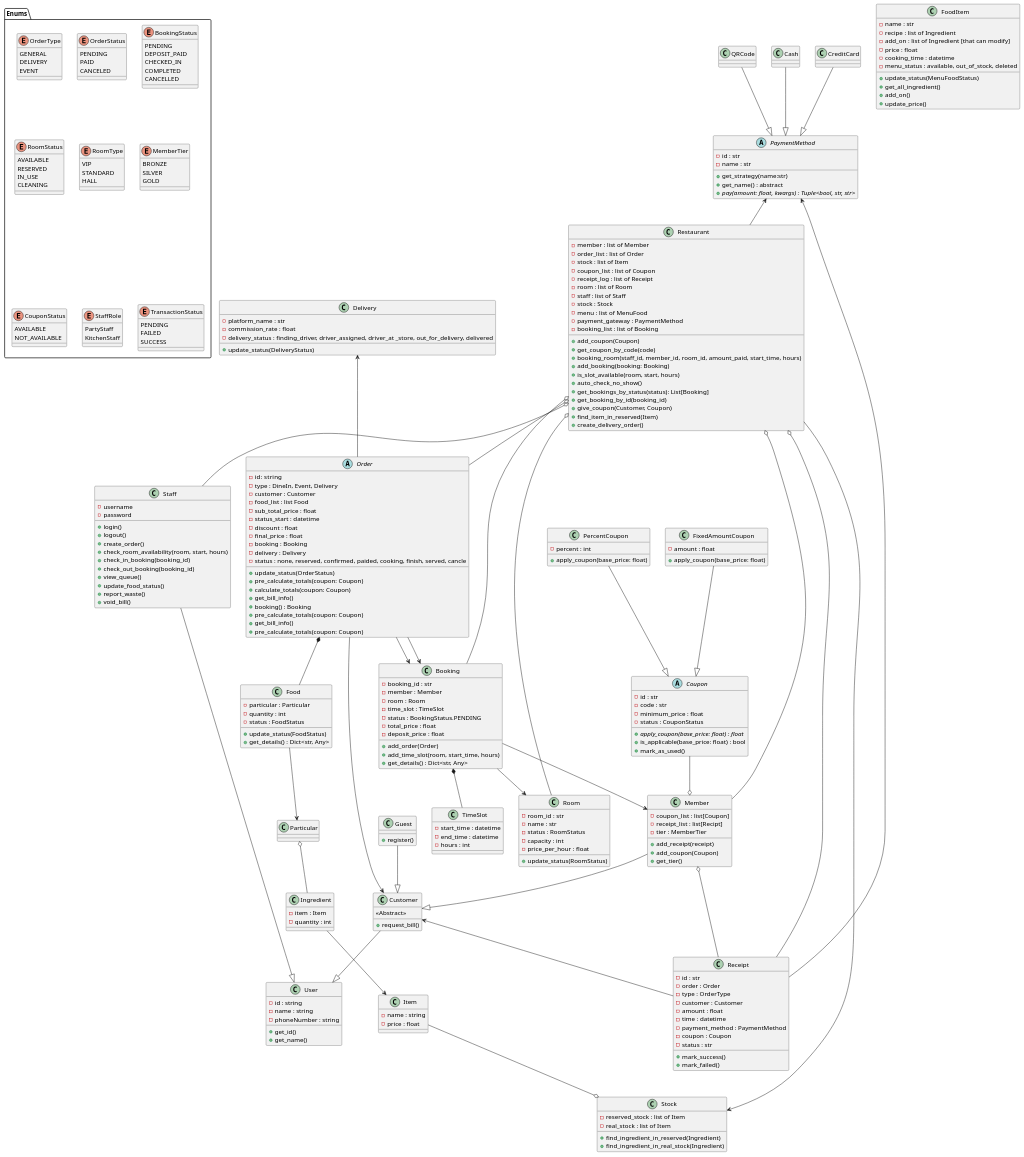
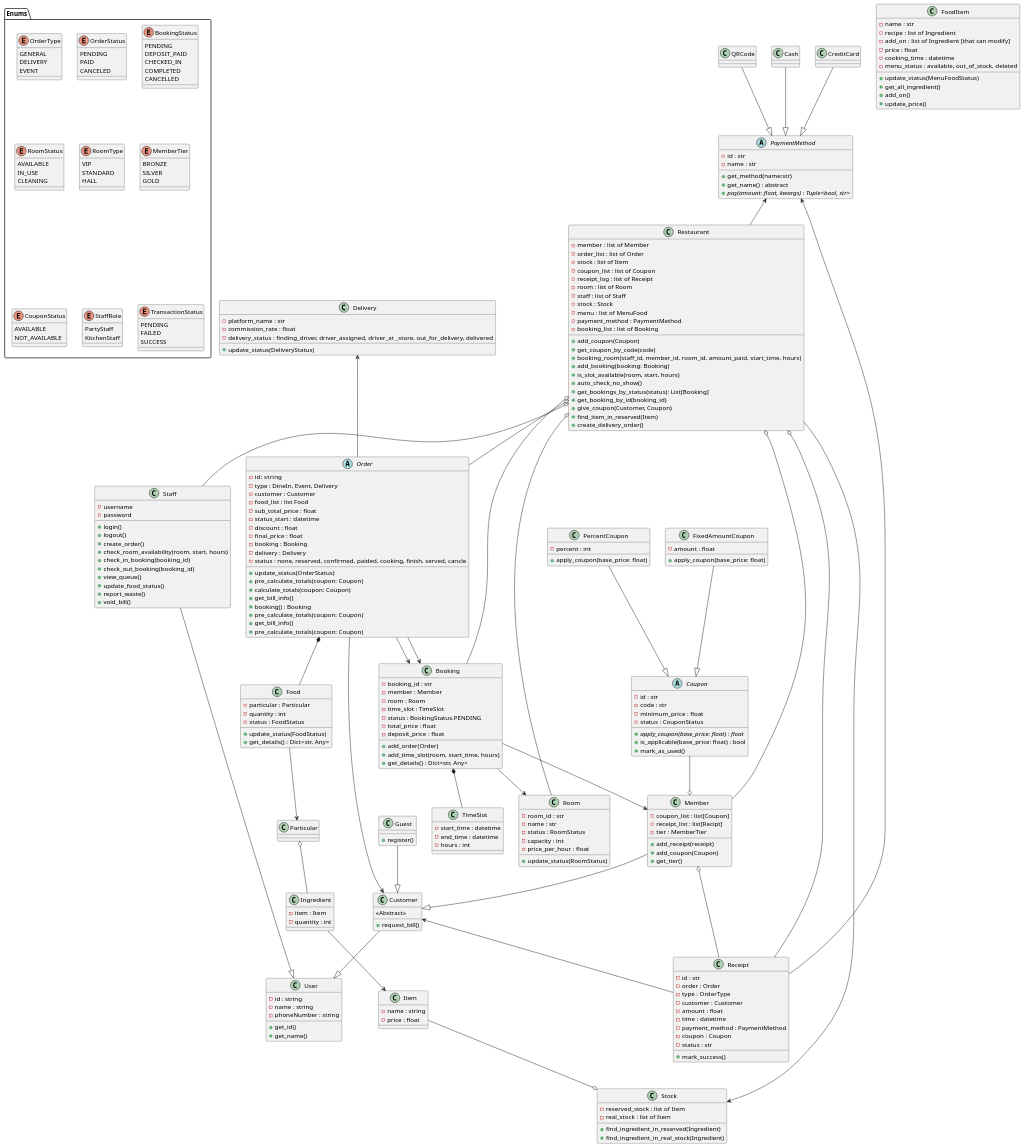
The diagram in shared/doc/class_diagram.puml (twrrippy/knight-chicken-oop), drawn with PlantUML before and after one commit.

Commit message:
Fix class diagram: rename payment_gateway to payment_method, update get_strategy to get_method, and remove mark_failed method from Receipt

```diff
--- a/shared/doc/class_diagram.puml
+++ b/shared/doc/class_diagram.puml
@@ -10,7 +10,7 @@
     - staff : list of Staff
     - stock : Stock
     - menu : list of MenuFood
-    - payment_gateway : PaymentMethod
+    - payment_method : PaymentMethod
     - booking_list : list of Booking
     + add_coupon(Coupon)
     + get_coupon_by_code(code)
@@ -200,9 +200,9 @@
 abstract class PaymentMethod{
     - id : str
     - name : str
-    + get_strategy(name:str)
+    + get_method(name:str)
     + get_name() : abstract
-    + {abstract} pay(amount: float, kwargs) : Tuple<bool, str, str>
+    + {abstract} pay(amount: float, kwargs) : Tuple<bool, str>
 }
 
 QRCode --|> PaymentMethod
@@ -235,7 +235,6 @@
     - coupon : Coupon
     - status : str
     + mark_success()
-    + mark_failed()
 }
 
 
@@ -260,7 +259,6 @@
     }
     enum RoomStatus {
         AVAILABLE
-        RESERVED
         IN_USE
         CLEANING
     }
```
